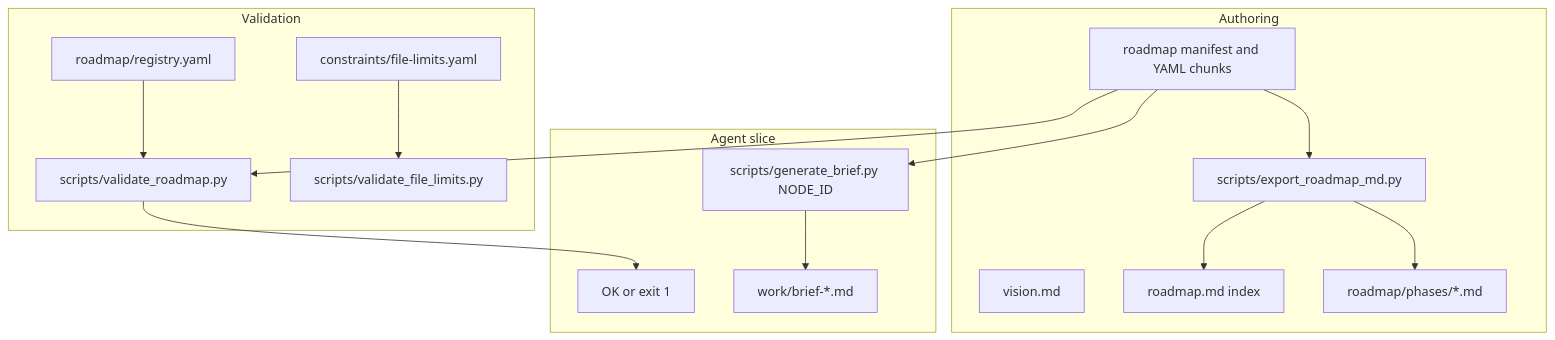
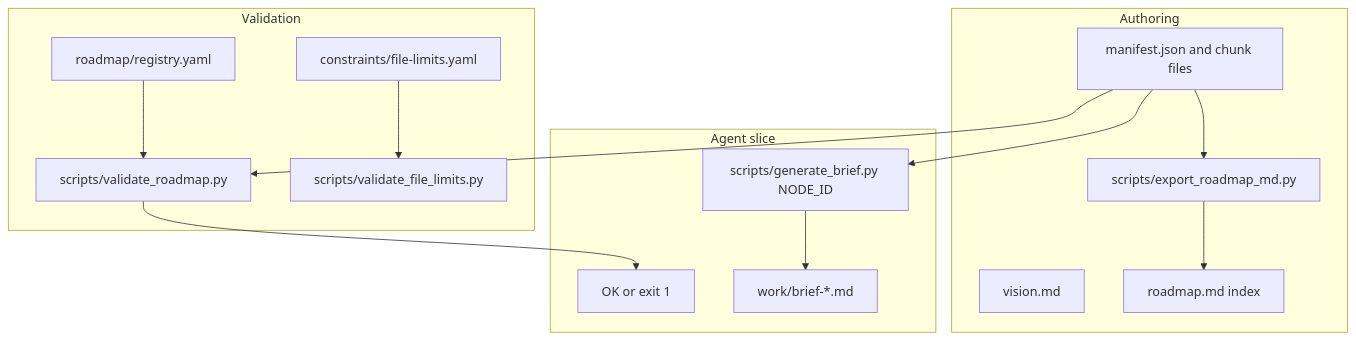
Before and after one commit to shanevigil/specy-road: the diagram in docs/architecture.md, drawn with Mermaid. The commit also changed other lines of this file and 74 other files, not shown here.

First line of the commit message:
feat: JSON manifest roadmap chunks, planning nodes, GUI updates

````diff
--- a/docs/architecture.md
+++ b/docs/architecture.md
@@ -9,21 +9,20 @@
 ```mermaid
 flowchart TD
   subgraph author [Authoring]
-    Y[roadmap manifest and YAML chunks]
+    Y[manifest.json and chunk files]
     V[vision.md]
     Y --> E[scripts/export_roadmap_md.py]
     E --> I[roadmap.md index]
-    E --> P[roadmap/phases/*.md]
   end
   subgraph validate [Validation]
     Y --> VR[scripts/validate_roadmap.py]
     R[roadmap/registry.yaml] --> VR
     FL[constraints/file-limits.yaml] --> VF[scripts/validate_file_limits.py]
   end
   subgraph agent [Agent slice]
     VR --> OK[OK or exit 1]
     GB[scripts/generate_brief.py NODE_ID]
     Y --> GB
     GB --> B[work/brief-*.md]
   end
 ```
````
